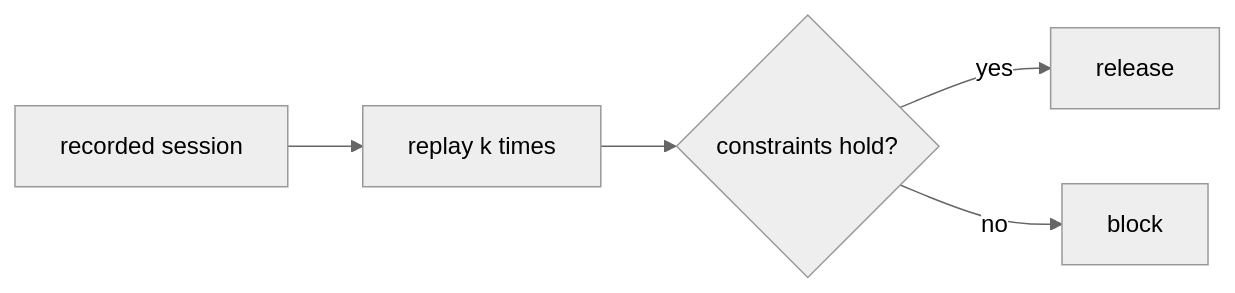
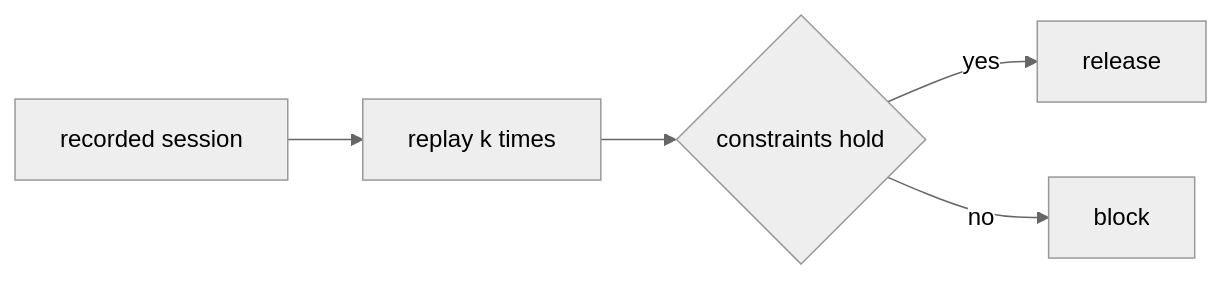
One commit to VarunGore36/VarunGore36 changed the sixth of 7 diagrams in README.md. Above: the diagram before and after it, drawn with Mermaid (neutral theme). The commit also changed other lines of this file, not shown here.

Commit message:
Fix mermaid render, icon-only stack groups

````diff
--- a/README.md
+++ b/README.md
@@ -130,7 +126,7 @@
 ```mermaid
 flowchart LR
-    S[recorded session] --> R[replay k times]
-    R --> G{constraints hold?}
-    G -->|yes| OK[release]
-    G -->|no| BL[block]
+    s1["recorded session"] --> r1["replay k times"]
+    r1 --> gt{"constraints hold"}
+    gt -->|"yes"| ok["release"]
+    gt -->|"no"| bl["block"]
 ```
````
